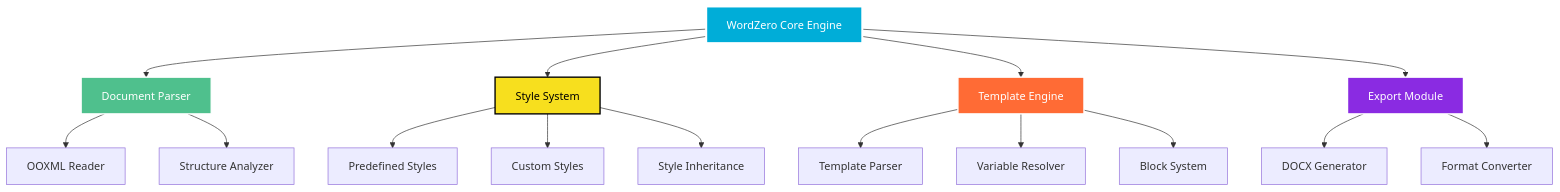
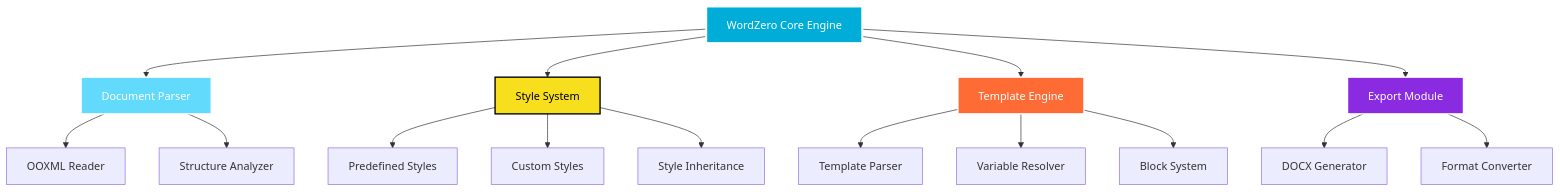
One commit to ZeroHawkeye/ZeroHawkeye changed the second of 2 diagrams in README.md. Above: the diagram before and after it, drawn with Mermaid. The commit also changed other lines of this file, not shown here.

````diff
--- a/README.md
+++ b/README.md
@@ -319,27 +463,27 @@
 ```mermaid
 graph TB
     A[WordZero Core Engine] --> B[Document Parser]
     A --> C[Style System]
     A --> D[Template Engine]
     A --> E[Export Module]
     
     B --> F[OOXML Reader]
     B --> G[Structure Analyzer]
     
     C --> H[Predefined Styles]
     C --> I[Custom Styles]
     C --> J[Style Inheritance]
     
     D --> K[Template Parser]
     D --> L[Variable Resolver]
     D --> M[Block System]
     
     E --> N[DOCX Generator]
     E --> O[Format Converter]
     
     style A fill:#00ADD8,stroke:#fff,stroke-width:3px,color:#fff
-    style B fill:#4FC08D,stroke:#fff,stroke-width:2px,color:#fff
+    style B fill:#61DAFB,stroke:#fff,stroke-width:2px,color:#fff
     style C fill:#F7DF1E,stroke:#000,stroke-width:2px,color:#000
     style D fill:#FF6B35,stroke:#fff,stroke-width:2px,color:#fff
     style E fill:#8A2BE2,stroke:#fff,stroke-width:2px,color:#fff
 ```
````
